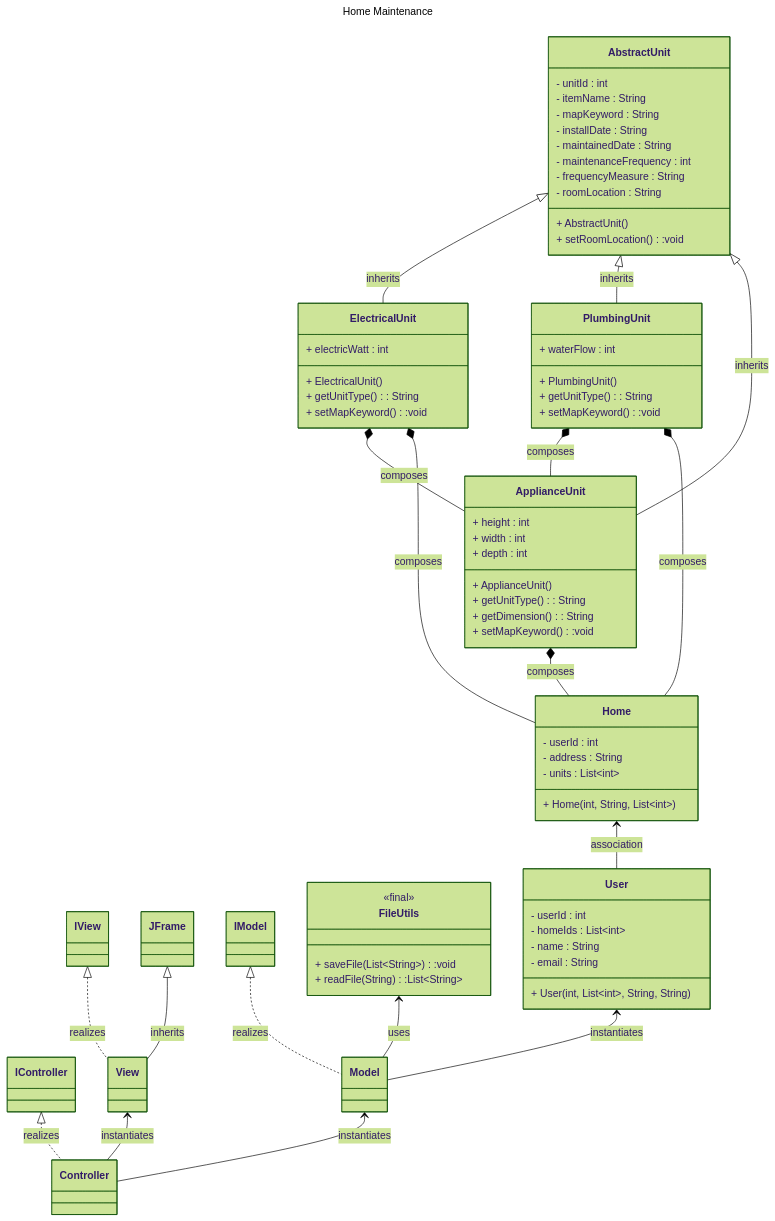
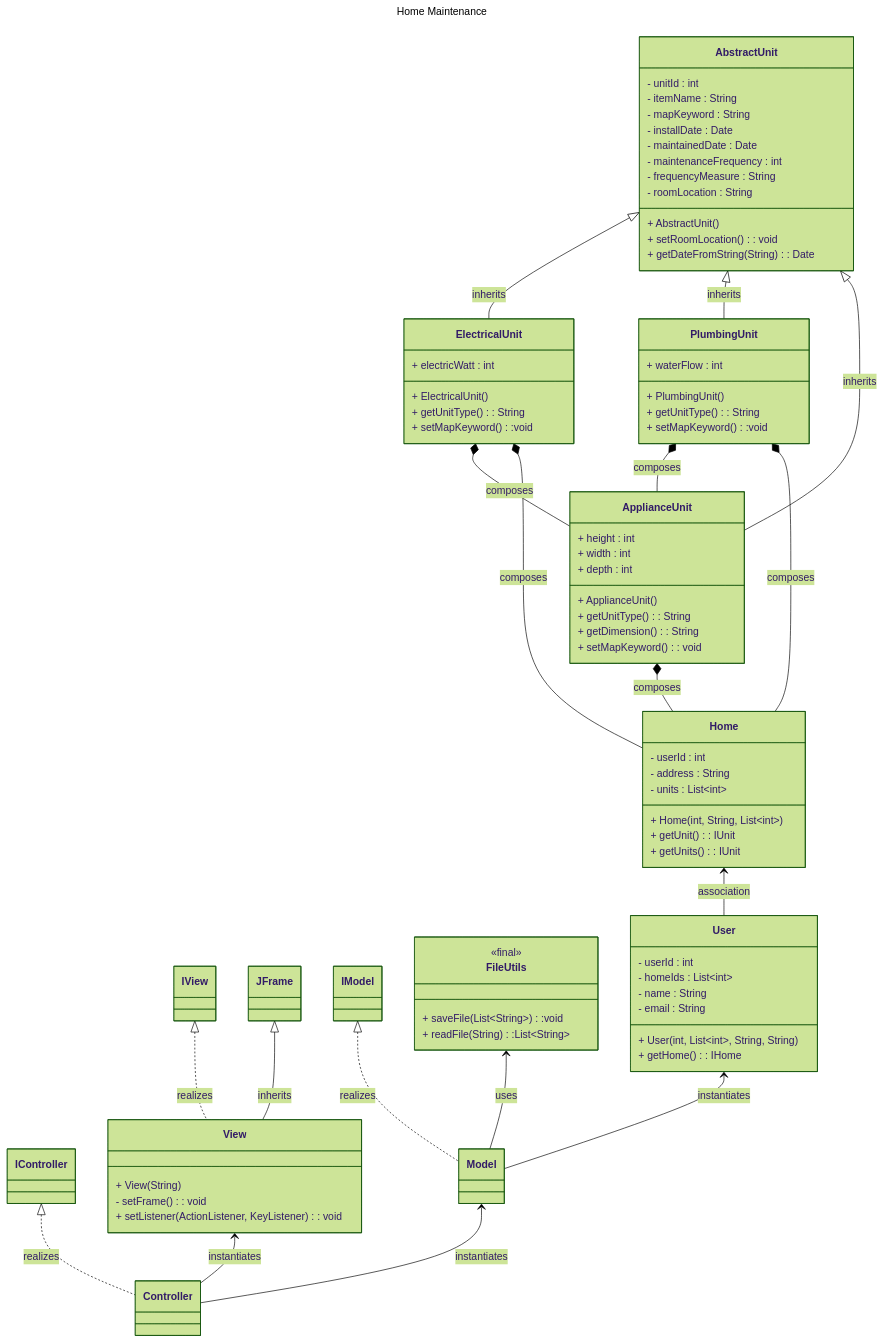
The diagram in DesignDocuments/DesignDocument.md (Sp25-CS5004-Online-Lionelle/final-project-group-4), drawn with Mermaid (forest theme) before and after one commit. The commit also changed 9 other files, not shown here.

Commit message:
getDateFromtString

````diff
--- a/DesignDocuments/DesignDocument.md
+++ b/DesignDocuments/DesignDocument.md
@@ -40,13 +40,14 @@
         - unitId : int
         - itemName : String
         - mapKeyword : String
-        - installDate : String
-        - maintainedDate : String
+        - installDate : Date
+        - maintainedDate : Date
         - maintenanceFrequency : int
         - frequencyMeasure : String
         - roomLocation : String
         + AbstractUnit()
-        + setRoomLocation():void
+        + setRoomLocation() : void
+        + getDateFromString(String) : Date
     }
 
     class ElectricalUnit {
@@ -71,7 +72,7 @@
         + ApplianceUnit()
         + getUnitType() : String
         + getDimension() : String
-        + setMapKeyword():void
+        + setMapKeyword() : void
     }
 
     class User {
@@ -80,6 +81,7 @@
         - name : String
         - email : String
         + User(int, List~int~, String, String)
+        + getHome() : IHome
     }
 
     class Home {
@@ -87,6 +89,14 @@
         - address : String
         - units : List~int~
         + Home(int, String, List~int~)
+        + getUnit() : IUnit
+        + getUnits() : IUnit
 
     }
+
+    class View {
+        + View(String)
+        - setFrame() : void
+        + setListener(ActionListener, KeyListener) : void
+    }
 ```
````
